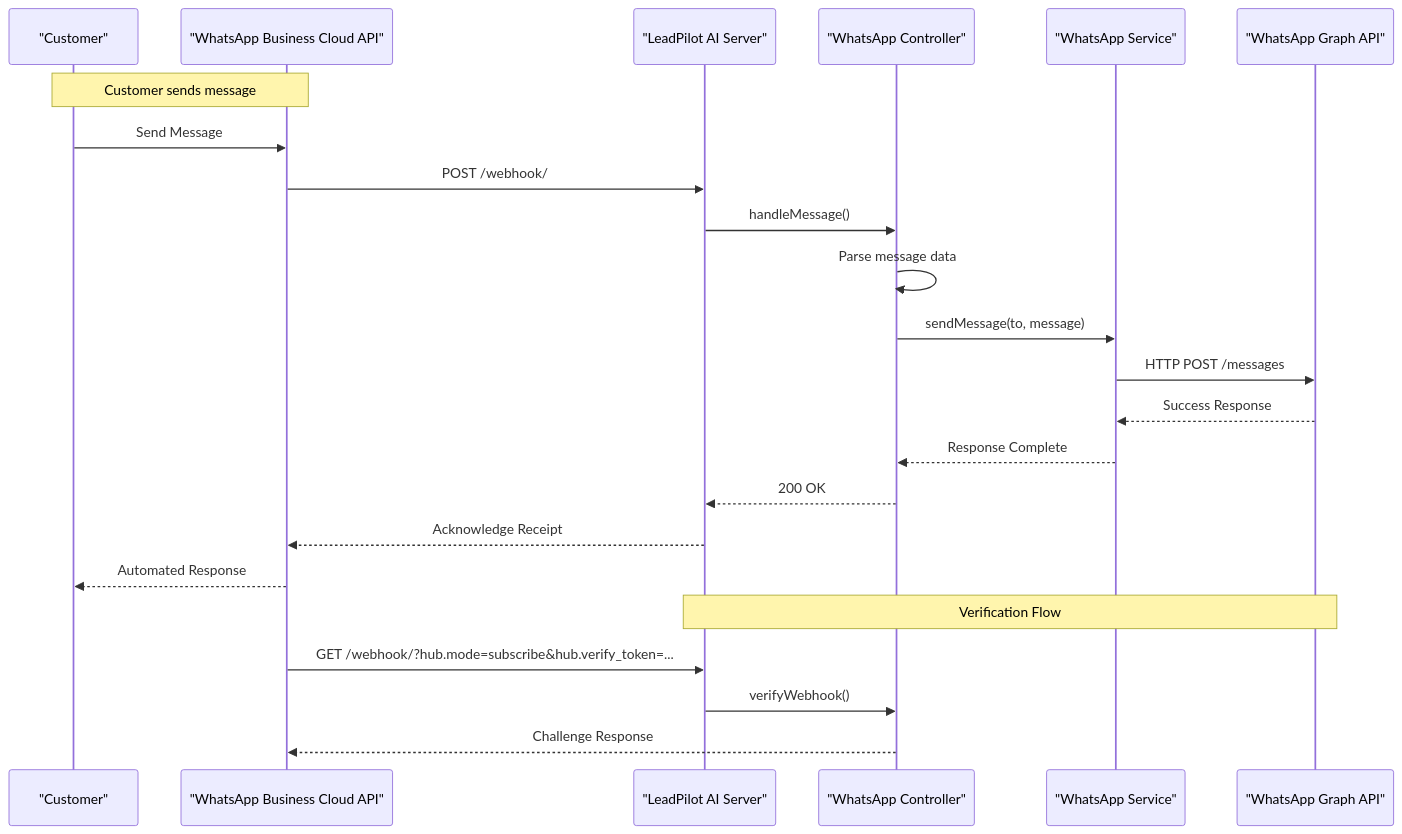
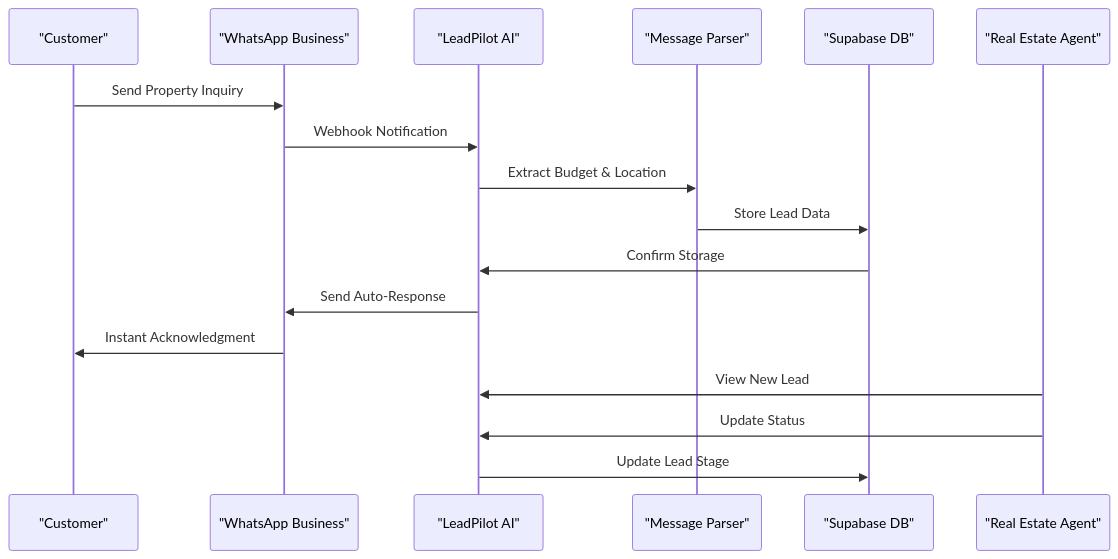
Before and after one commit to hariom-wdsadhunik/SaaS-Project: the fourth of 8 diagrams in .qoder/repowiki/en/content/Project Overview.md, drawn with Mermaid. The commit also changed other lines of this file and 13 other files, not shown here.

First line of the commit message:
feat(api): integrate lead management and real-time dashboard UI

````diff
--- a/.qoder/repowiki/en/content/Project Overview.md
+++ b/.qoder/repowiki/en/content/Project Overview.md
@@ -108,25 +241,19 @@
 ```mermaid
 sequenceDiagram
 participant Customer as "Customer"
-participant WhatsApp as "WhatsApp Business Cloud API"
-participant LeadPilot as "LeadPilot AI Server"
-participant Controller as "WhatsApp Controller"
-participant Service as "WhatsApp Service"
-participant ExternalAPI as "WhatsApp Graph API"
-Note over Customer,WhatsApp : Customer sends message
-Customer->>WhatsApp : Send Message
-WhatsApp->>LeadPilot : POST /webhook/
-LeadPilot->>Controller : handleMessage()
-Controller->>Controller : Parse message data
-Controller->>Service : sendMessage(to, message)
-Service->>ExternalAPI : HTTP POST /messages
-ExternalAPI-->>Service : Success Response
-Service-->>Controller : Response Complete
-Controller-->>LeadPilot : 200 OK
-LeadPilot-->>WhatsApp : Acknowledge Receipt
-WhatsApp-->>Customer : Automated Response
-Note over LeadPilot,ExternalAPI : Verification Flow
-WhatsApp->>LeadPilot : GET /webhook/?hub.mode=subscribe&hub.verify_token=...
-LeadPilot->>Controller : verifyWebhook()
-Controller-->>WhatsApp : Challenge Response
+participant WhatsApp as "WhatsApp Business"
+participant LeadPilot as "LeadPilot AI"
+participant Parser as "Message Parser"
+participant Database as "Supabase DB"
+participant Agent as "Real Estate Agent"
+Customer->>WhatsApp : Send Property Inquiry
+WhatsApp->>LeadPilot : Webhook Notification
+LeadPilot->>Parser : Extract Budget & Location
+Parser->>Database : Store Lead Data
+Database->>LeadPilot : Confirm Storage
+LeadPilot->>WhatsApp : Send Auto-Response
+WhatsApp->>Customer : Instant Acknowledgment
+Agent->>LeadPilot : View New Lead
+Agent->>LeadPilot : Update Status
+LeadPilot->>Database : Update Lead Stage
 ```
````
